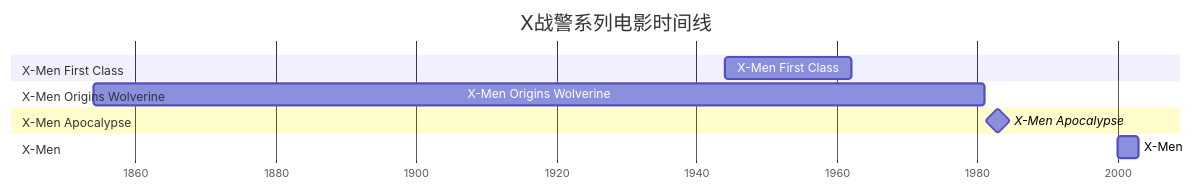
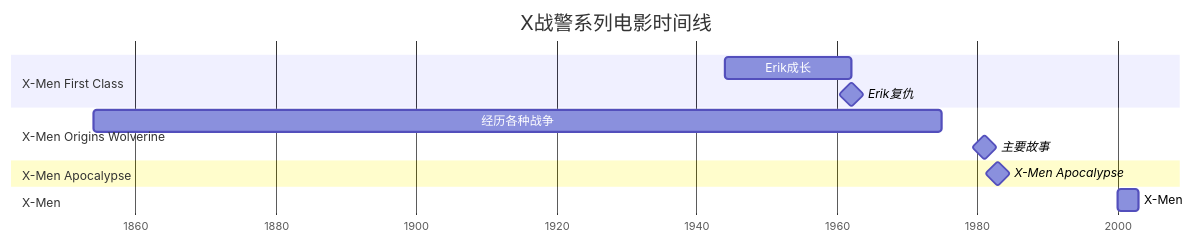
One commit to unclehuzi/unclehuzi.github.io changed the diagram in 2021/11/life-movie-x-men/index.md. Above: the diagram before and after it, drawn with Mermaid. The commit also changed 9 other files, not shown here.

```diff
--- a/2021/11/life-movie-x-men/index.md
+++ b/2021/11/life-movie-x-men/index.md
@@ -10,18 +10,21 @@
 {{< mermaid >}}
 gantt
     dateFormat YYYY
     axisFormat %Y
     title X战警系列电影时间线
 
     section X-Men First Class
-    X-Men First Class  : 1944,1962
+    Erik成长  : 1944,1962
+    Erik复仇  : milestone,1962,1962
 
     section X-Men Origins Wolverine
-    X-Men Origins Wolverine : 1854,1981
+    经历各种战争 : 1854,1975
+    主要故事: milestone,1981,1981
+
 
     section X-Men Apocalypse
     X-Men Apocalypse : milestone,1983,1983
 
     section X-Men
     X-Men : 2000,2003
 {{< /mermaid >}}
```
